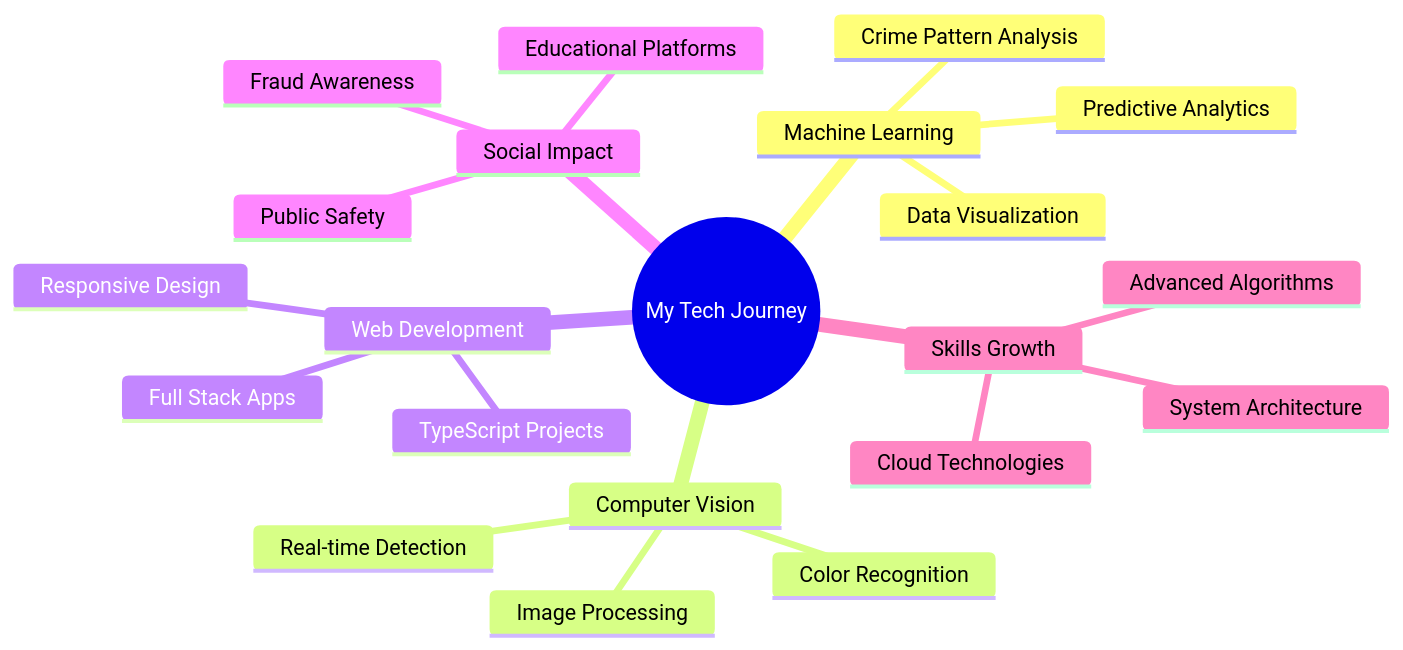
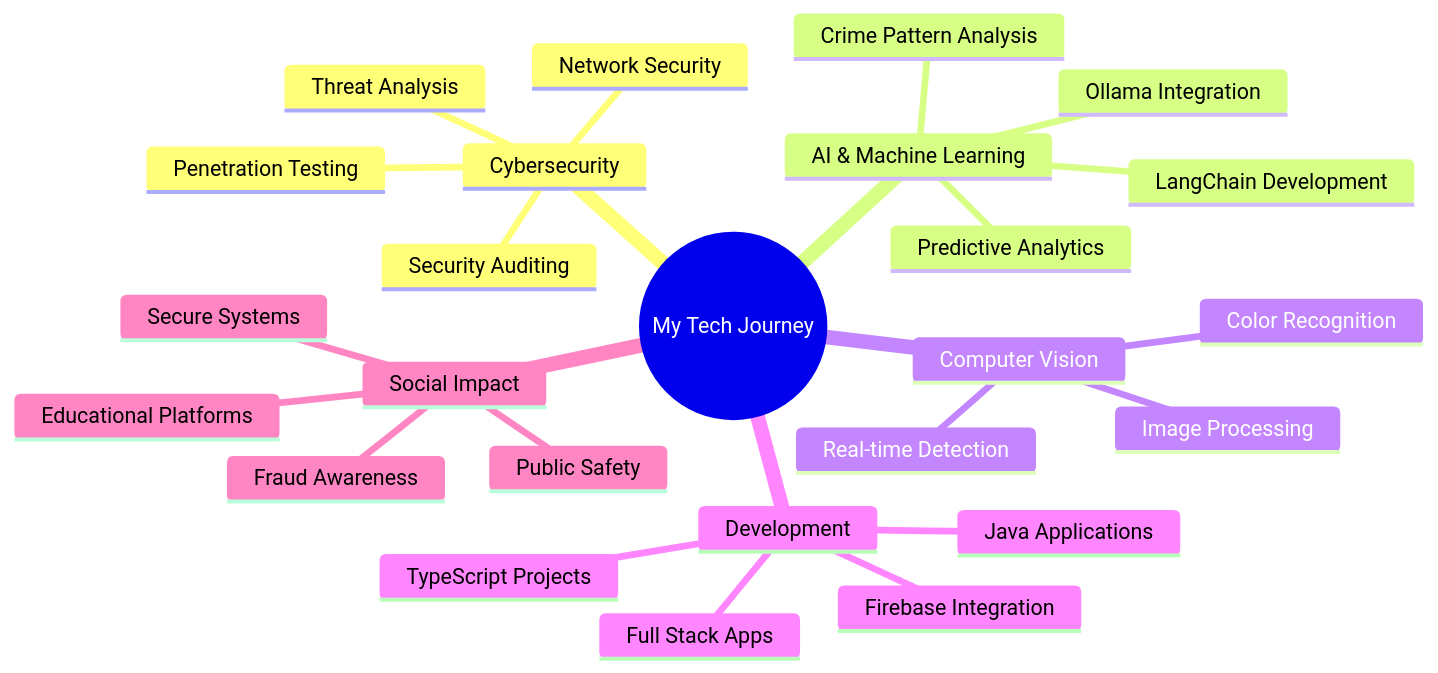
Before and after one commit to Hyperterror/Hyperterror: the diagram in README.md, drawn with Mermaid. The commit also changed other lines of this file, not shown here.

````diff
--- a/README.md
+++ b/README.md
@@ -120,24 +133,28 @@
 ```mermaid
 mindmap
   root((My Tech Journey))
-    Machine Learning
+    Cybersecurity
+      Penetration Testing
+      Network Security
+      Threat Analysis
+      Security Auditing
+    AI & Machine Learning
+      LangChain Development
+      Ollama Integration
       Predictive Analytics
       Crime Pattern Analysis
-      Data Visualization
     Computer Vision
       Real-time Detection
       Image Processing
       Color Recognition
-    Web Development
+    Development
       Full Stack Apps
+      Firebase Integration
       TypeScript Projects
-      Responsive Design
+      Java Applications
     Social Impact
       Fraud Awareness
       Public Safety
       Educational Platforms
-    Skills Growth
-      Cloud Technologies
-      Advanced Algorithms
-      System Architecture
+      Secure Systems
 ```
````
